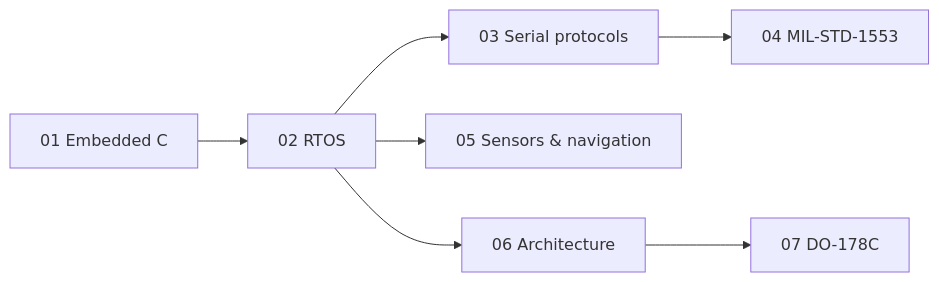
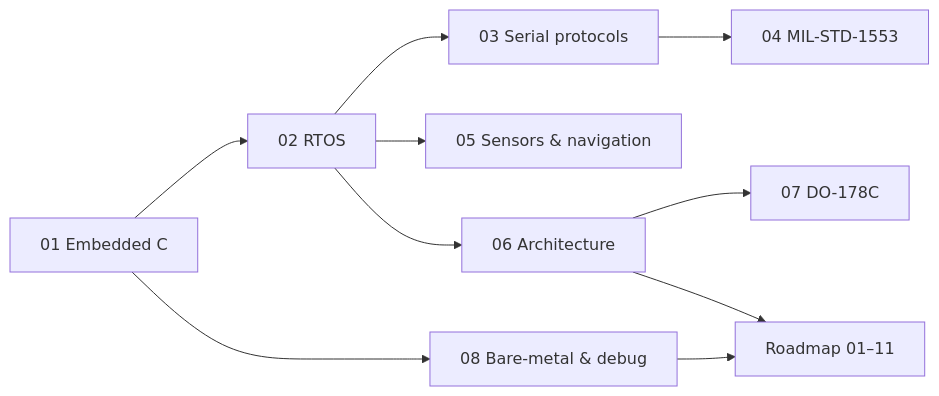
One commit to batuuhnk/embedded-handbook changed the diagram in README.md. Above: the diagram before and after it, drawn with Mermaid. The commit also changed other lines of this file and 86 other files, not shown here.

First line of the commit message:
Add roadmap notes, bare-metal chapter and diagrams

````diff
--- a/README.md
+++ b/README.md
@@ -21,7 +50,10 @@
 ```mermaid
 flowchart LR
     C[01 Embedded C] --> R[02 RTOS]
     R --> P[03 Serial protocols] --> M[04 MIL-STD-1553]
     R --> S[05 Sensors & navigation]
     R --> A[06 Architecture] --> D[07 DO-178C]
+    C --> B[08 Bare-metal & debug]
+    B --> RM[Roadmap 01–11]
+    A --> RM
 ```
````
